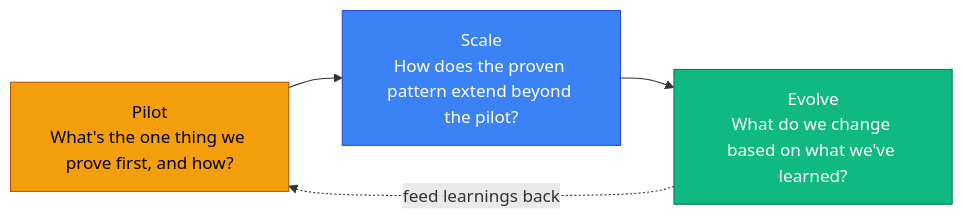
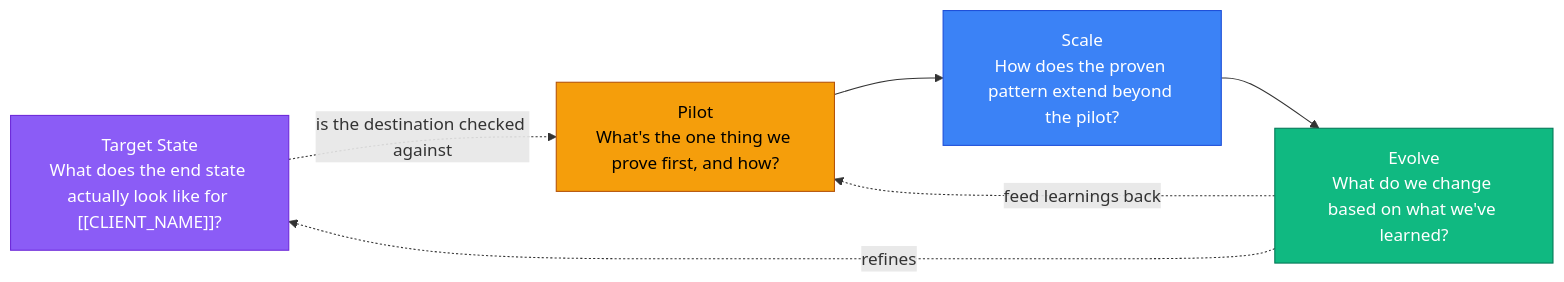
Before and after one commit to DataArt/adlc-discovery-tool: the diagram in docs/AI SDLC/04 Solution Space/01 Overview.md, drawn with Mermaid. The commit also changed other lines of this file and 43 other files, not shown here.

````diff
--- a/docs/AI SDLC/04 Solution Space/01 Overview.md
+++ b/docs/AI SDLC/04 Solution Space/01 Overview.md
@@ -16,17 +16,22 @@
 ```mermaid
 flowchart LR
+    T["Target State\nWhat does the end state actually look like for [[CLIENT_NAME]]?"]
     F["Pilot\nWhat's the one thing we prove first, and how?"]
     SC["Scale\nHow does the proven pattern extend beyond the pilot?"]
     SU["Evolve\nWhat do we change based on what we've learned?"]
 
+    T -.->|"is the destination checked against"| F
     F --> SC --> SU
     SU -.->|"feed learnings back"| F
+    SU -.->|"refines"| T
 
+    classDef target fill:#8B5CF6,stroke:#6D28D9,color:#fff
     classDef foundation fill:#F59E0B,stroke:#B45309,color:#000
     classDef scale fill:#3B82F6,stroke:#1D4ED8,color:#fff
     classDef sustain fill:#10B981,stroke:#047857,color:#fff
 
+    class T target
     class F foundation
     class SC scale
     class SU sustain
 ```
````
